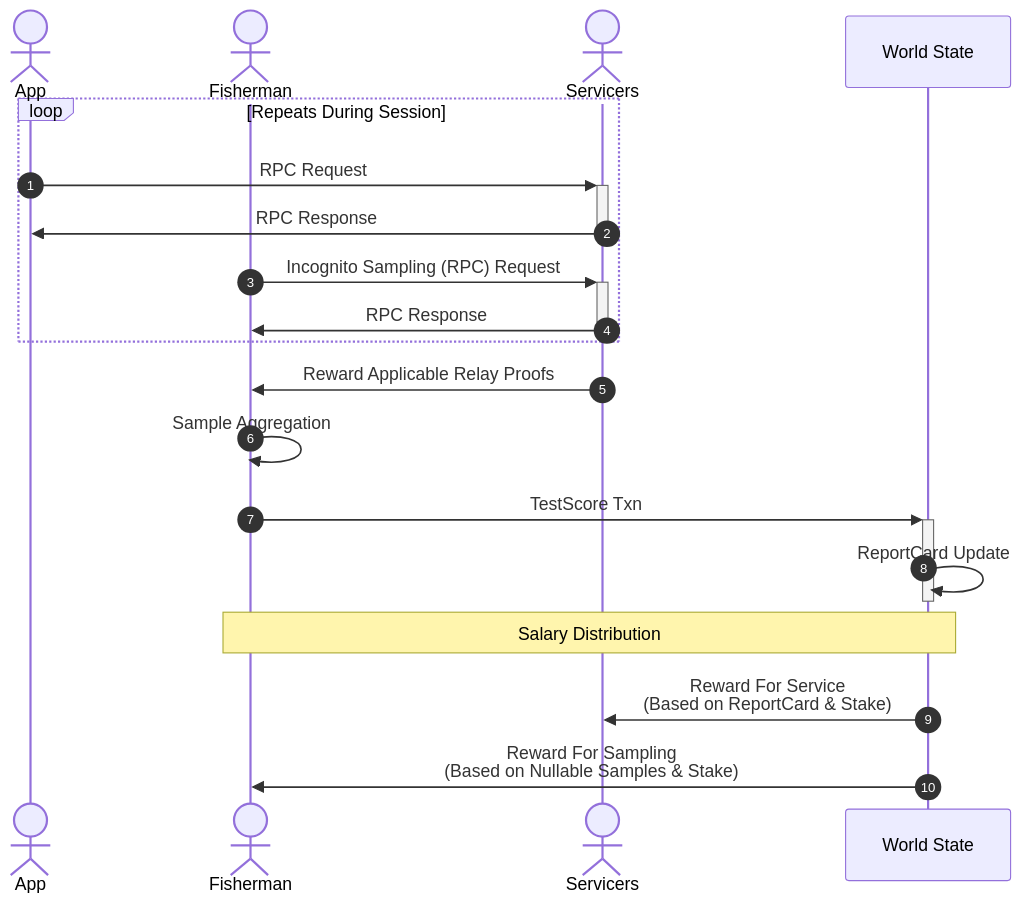
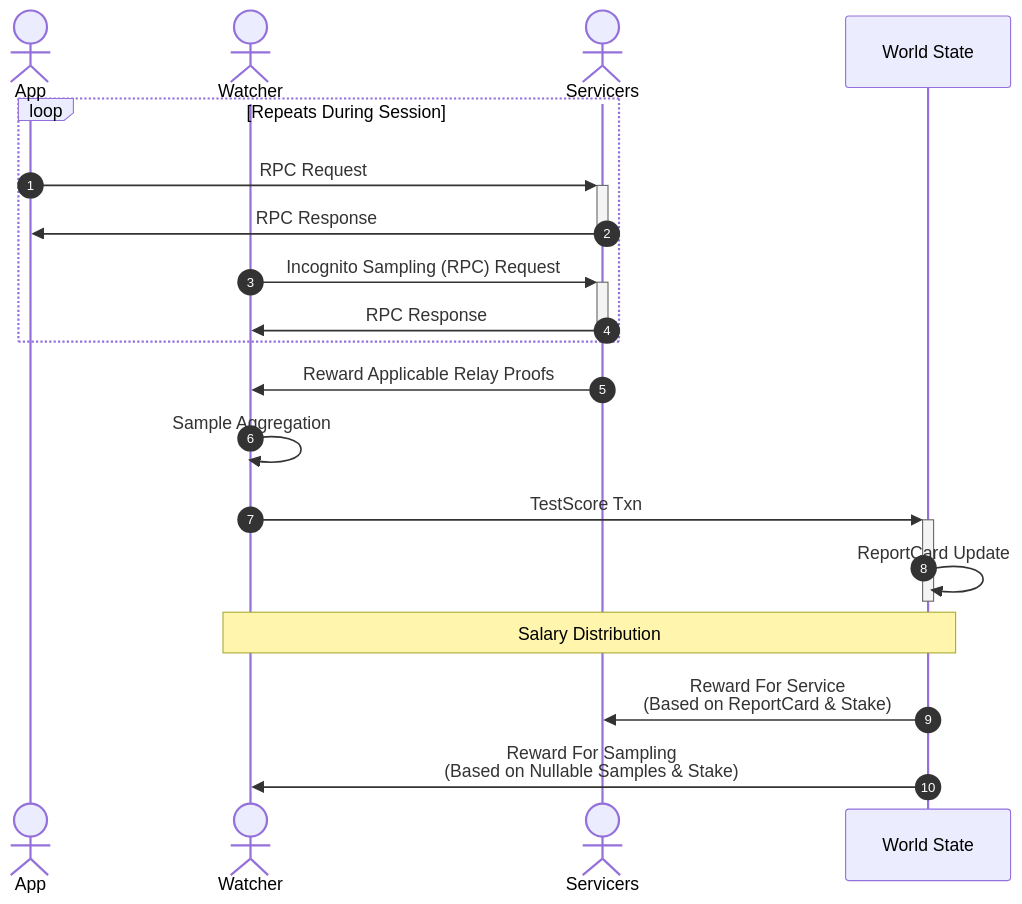
Before and after one commit to pokt-network/pocket-network-protocol: the sixth of 16 diagrams in utility/README.md, drawn with Mermaid. The commit also changed other lines of this file and 2 other files, not shown here.

Commit message:
Rename all instances of fisherman to watcher

````diff
--- a/utility/README.md
+++ b/utility/README.md
@@ -543,24 +543,24 @@
 ```mermaid
 sequenceDiagram
     autonumber
 
     actor App
-    actor Fisherman
+    actor Watcher
     actor Servicers
 
     loop Repeats During Session
         App ->> +Servicers: RPC Request
         Servicers ->> -App: RPC Response
-        Fisherman ->> +Servicers: Incognito Sampling (RPC) Request
-        Servicers ->> -Fisherman: RPC Response
+        Watcher ->> +Servicers: Incognito Sampling (RPC) Request
+        Servicers ->> -Watcher: RPC Response
     end
 
-    Servicers ->> Fisherman: Reward Applicable Relay Proofs
-    Fisherman ->> Fisherman: Sample Aggregation
-    Fisherman ->> +World State: TestScore Txn
+    Servicers ->> Watcher: Reward Applicable Relay Proofs
+    Watcher ->> Watcher: Sample Aggregation
+    Watcher ->> +World State: TestScore Txn
     World State ->> -World State: ReportCard Update
 
-    Note over Fisherman, World State: Salary Distribution
+    Note over Watcher, World State: Salary Distribution
     World State ->> Servicers: Reward For Service<br>(Based on ReportCard & Stake)
-    World State ->> Fisherman: Reward For Sampling<br>(Based on Nullable Samples & Stake)
+    World State ->> Watcher: Reward For Sampling<br>(Based on Nullable Samples & Stake)
 ```
````
